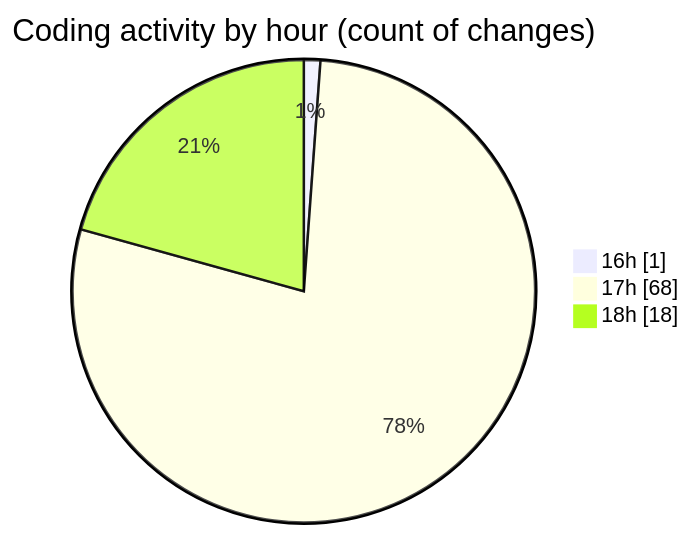
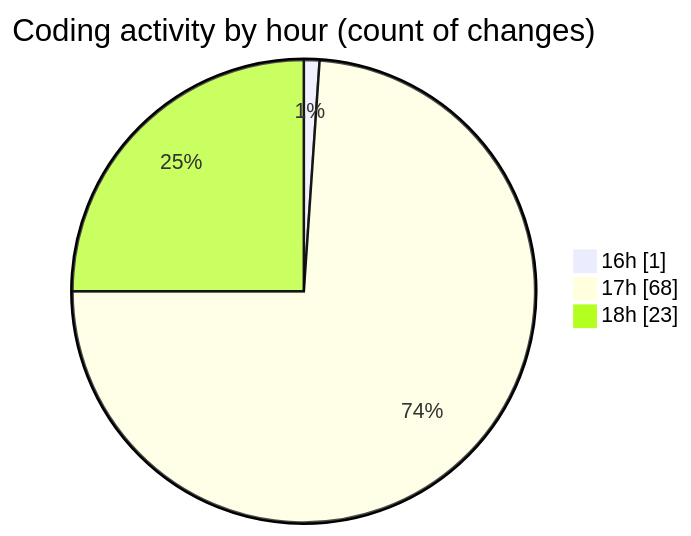
Before and after one commit to idhammustaqopulfikri/code-tracking: the second of 2 diagrams in 2025-05-27/studio-backend/README.md, drawn with Mermaid. The commit also changed other lines of this file and 1 other file, not shown here.

````diff
--- a/2025-05-27/studio-backend/README.md
+++ b/2025-05-27/studio-backend/README.md
@@ -63,7 +63,7 @@
 ```mermaid
 pie showData
 title Coding activity by hour (count of changes)
 "16h" : 1
 "17h" : 68
-"18h" : 18
+"18h" : 23
 ```
````
